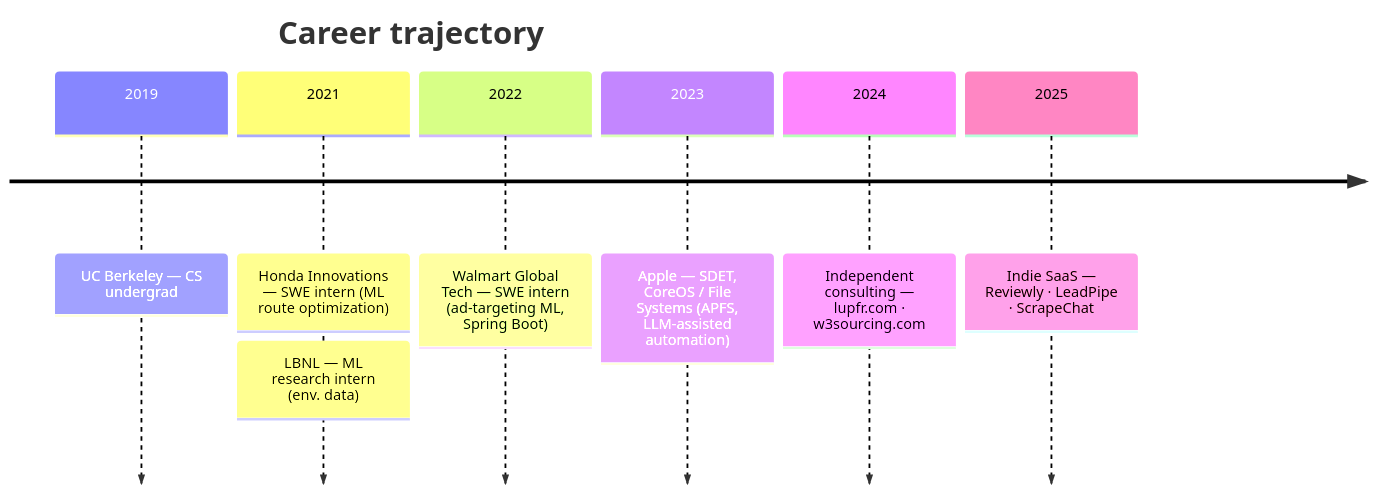
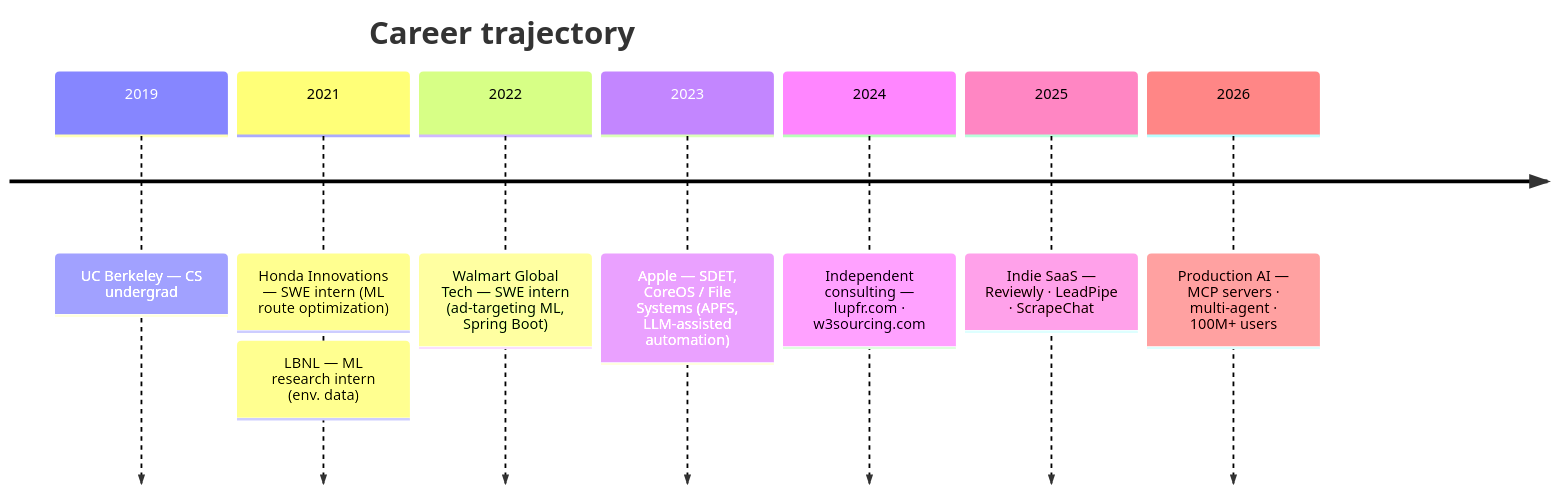
The second of 3 diagrams in README.md (ml-lubich/ml-lubich), drawn with Mermaid before and after one commit. The commit also changed other lines of this file, not shown here.

````diff
--- a/README.md
+++ b/README.md
@@ -104,11 +127,12 @@
 ```mermaid
 timeline
     title Career trajectory
     2019 : UC Berkeley — CS undergrad
     2021 : Honda Innovations — SWE intern (ML route optimization)
          : LBNL — ML research intern (env. data)
     2022 : Walmart Global Tech — SWE intern (ad-targeting ML, Spring Boot)
     2023 : Apple — SDET, CoreOS / File Systems (APFS, LLM-assisted automation)
     2024 : Independent consulting — lupfr.com · w3sourcing.com
     2025 : Indie SaaS — Reviewly · LeadPipe · ScrapeChat
+    2026 : Production AI — MCP servers · multi-agent · 100M+ users
 ```
````
